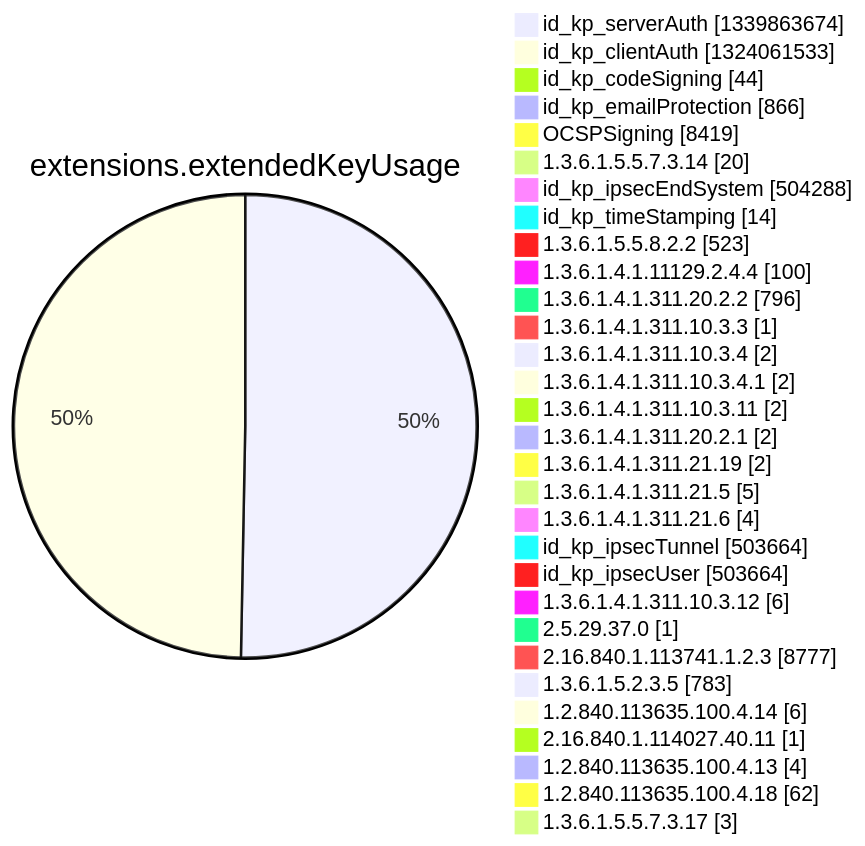
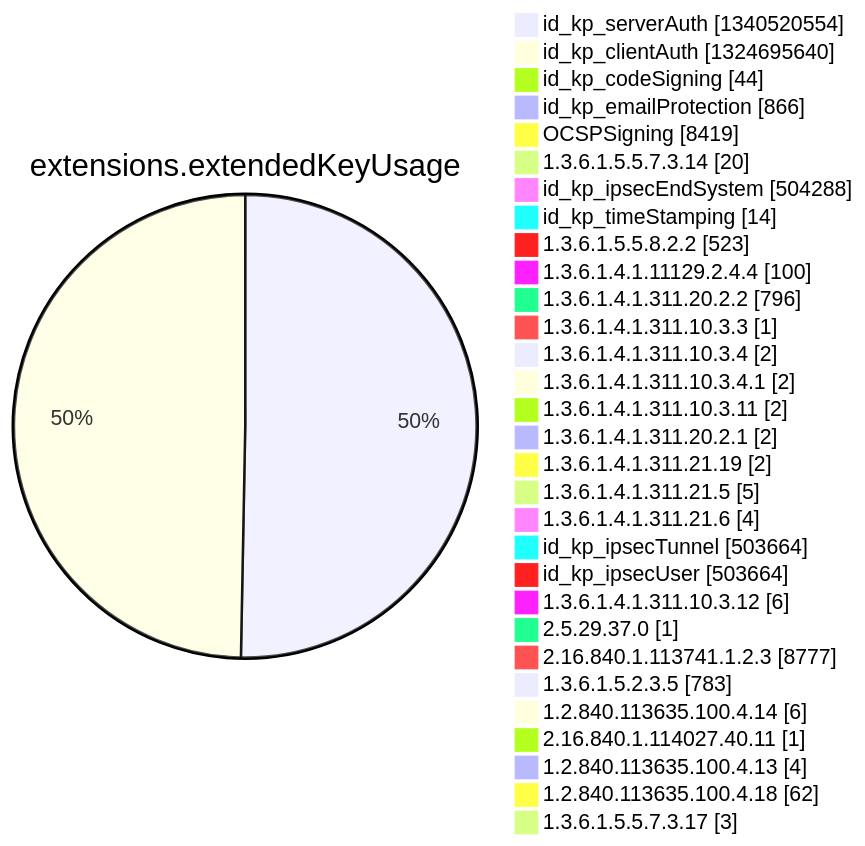
Diagram 12 of 15 in argon2022/README.md (christiankrug/ctmonitor_visualization), drawn with Mermaid before and after one commit. The commit also changed other lines of this file, not shown here.

````diff
--- a/argon2022/README.md
+++ b/argon2022/README.md
@@ -3553,34 +3553,34 @@
 ```mermaid
 pie showData
 title extensions.extendedKeyUsage
-"id_kp_serverAuth" :1339863674
-"id_kp_clientAuth" :1324061533
+"id_kp_serverAuth" :1340520554
+"id_kp_clientAuth" :1324695640
 "id_kp_codeSigning" :44
 "id_kp_emailProtection" :866
 "OCSPSigning" :8419
 "1.3.6.1.5.5.7.3.14" :20
 "id_kp_ipsecEndSystem" :504288
 "id_kp_timeStamping" :14
 "1.3.6.1.5.5.8.2.2" :523
 "1.3.6.1.4.1.11129.2.4.4" :100
 "1.3.6.1.4.1.311.20.2.2" :796
 "1.3.6.1.4.1.311.10.3.3" :1
 "1.3.6.1.4.1.311.10.3.4" :2
 "1.3.6.1.4.1.311.10.3.4.1" :2
 "1.3.6.1.4.1.311.10.3.11" :2
 "1.3.6.1.4.1.311.20.2.1" :2
 "1.3.6.1.4.1.311.21.19" :2
 "1.3.6.1.4.1.311.21.5" :5
 "1.3.6.1.4.1.311.21.6" :4
 "id_kp_ipsecTunnel" :503664
 "id_kp_ipsecUser" :503664
 "1.3.6.1.4.1.311.10.3.12" :6
 "2.5.29.37.0" :1
 "2.16.840.1.113741.1.2.3" :8777
 "1.3.6.1.5.2.3.5" :783
 "1.2.840.113635.100.4.14" :6
 "2.16.840.1.114027.40.11" :1
 "1.2.840.113635.100.4.13" :4
 "1.2.840.113635.100.4.18" :62
 "1.3.6.1.5.5.7.3.17" :3
 ```
````
